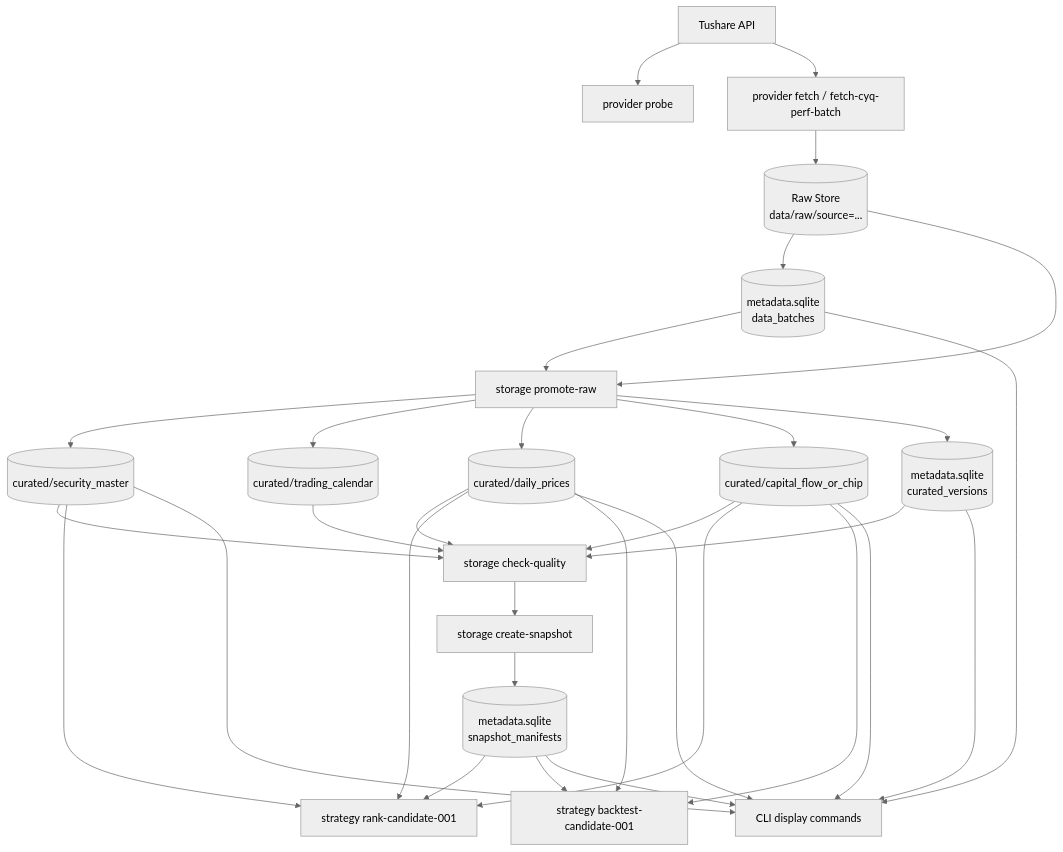
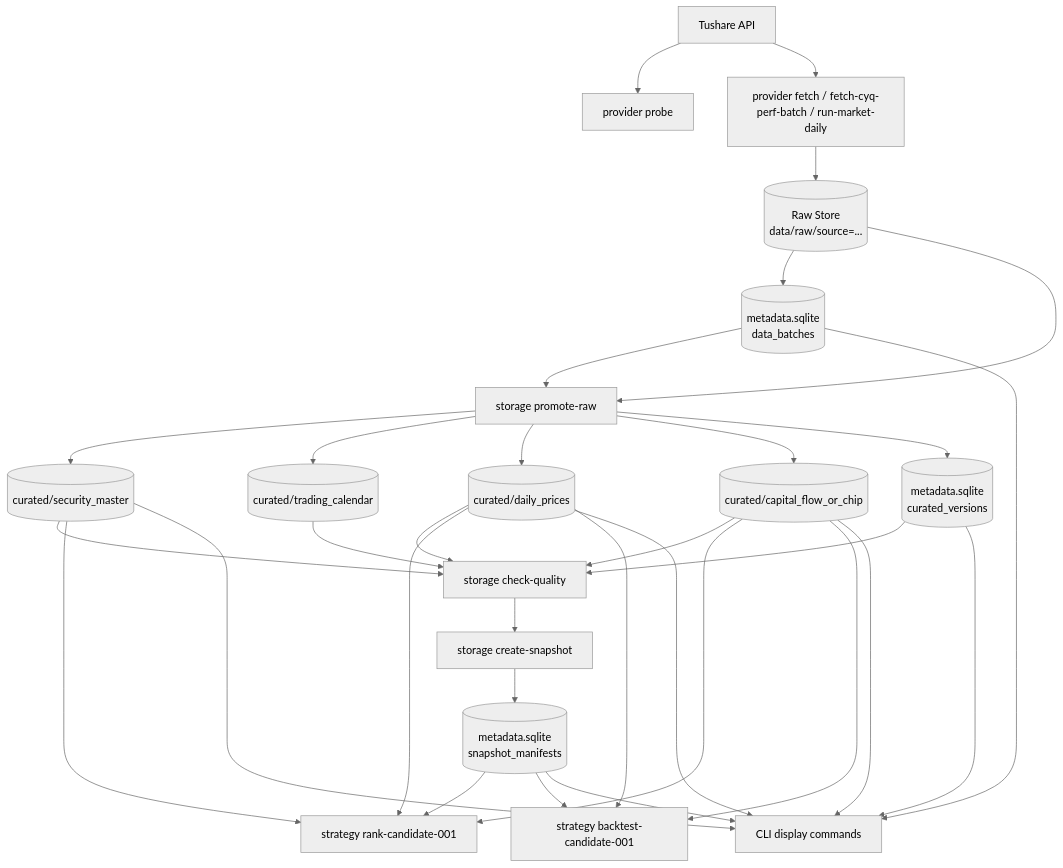
Before and after one commit to linkensphere201/ashare: the diagram in README.md, drawn with Mermaid (neutral theme). The commit also changed other lines of this file and 6 other files, not shown here.

Commit message:
feat: add resumable market daily runs

````diff
--- a/README.md
+++ b/README.md
@@ -122,42 +122,42 @@
 ```mermaid
 flowchart TD
     Tushare[Tushare API] --> Probe[provider probe]
-    Tushare --> Fetch[provider fetch / fetch-cyq-perf-batch]
+    Tushare --> Fetch[provider fetch / fetch-cyq-perf-batch / run-market-daily]
 
     Fetch --> RawStore[(Raw Store<br/>data/raw/source=...)]
     RawStore --> Batches[(metadata.sqlite<br/>data_batches)]
 
     Batches --> Promote[storage promote-raw]
     RawStore --> Promote
 
     Promote --> Security[(curated/security_master)]
     Promote --> Calendar[(curated/trading_calendar)]
     Promote --> Prices[(curated/daily_prices)]
     Promote --> FlowChip[(curated/capital_flow_or_chip)]
     Promote --> CuratedVersions[(metadata.sqlite<br/>curated_versions)]
 
     Security --> Quality[storage check-quality]
     Calendar --> Quality
     Prices --> Quality
     FlowChip --> Quality
     CuratedVersions --> Quality
 
     Quality --> Snapshot[storage create-snapshot]
     Snapshot --> Manifests[(metadata.sqlite<br/>snapshot_manifests)]
 
     Manifests --> Rank[strategy rank-candidate-001]
     Security --> Rank
     Prices --> Rank
     FlowChip --> Rank
 
     Manifests --> Backtest[strategy backtest-candidate-001]
     Prices --> Backtest
     FlowChip --> Backtest
 
     Batches --> Display[CLI display commands]
     CuratedVersions --> Display
     Manifests --> Display
     Security --> Display
     Prices --> Display
     FlowChip --> Display
 ```
````
